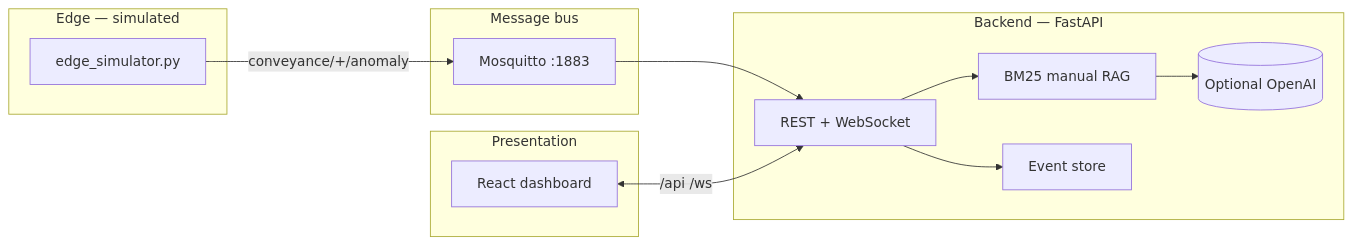
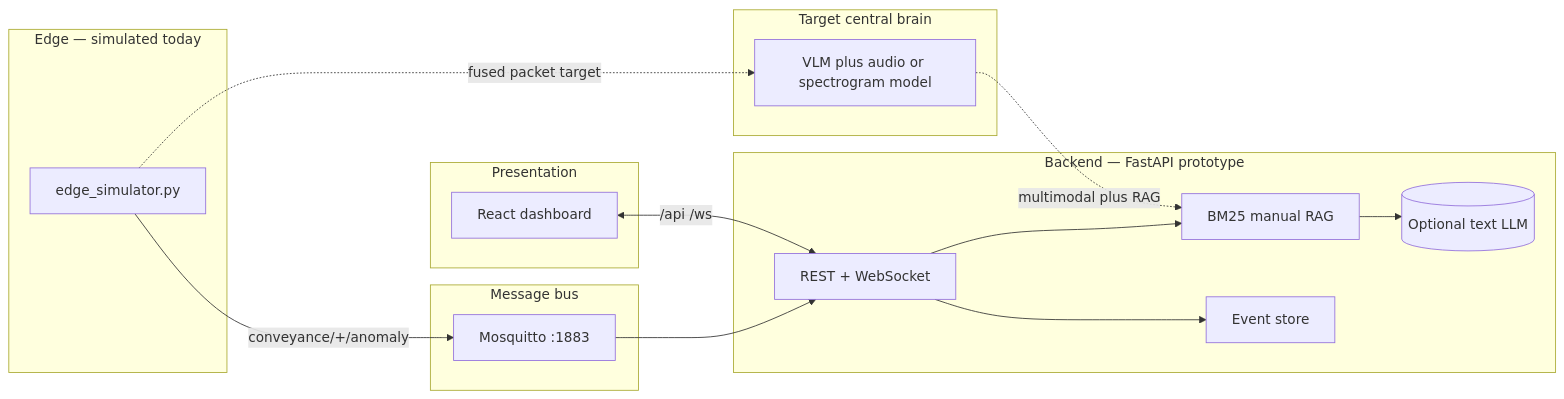
Before and after one commit to vgandhi1/factory-genius: the diagram in README.md, drawn with Mermaid. The commit also changed other lines of this file and 12 other files, not shown here.

````diff
--- a/README.md
+++ b/README.md
@@ -64,24 +65,29 @@
 ```mermaid
 flowchart LR
-  subgraph edge [Edge — simulated]
+  subgraph edge [Edge — simulated today]
     SIM[edge_simulator.py]
   end
   subgraph bus [Message bus]
     MQTT[Mosquitto :1883]
   end
-  subgraph brain [Backend — FastAPI]
+  subgraph brain [Backend — FastAPI prototype]
     API[REST + WebSocket]
     RAG[BM25 manual RAG]
-    LLM[(Optional OpenAI)]
+    LLM[(Optional text LLM)]
     STORE[Event store]
+  end
+  subgraph target [Target central brain]
+    VLM[VLM plus audio or spectrogram model]
   end
   subgraph ui [Presentation]
     WEB[React dashboard]
   end
   SIM -->|conveyance/+/anomaly| MQTT
   MQTT --> API
   API --> RAG
   RAG --> LLM
   API --> STORE
   WEB <-->|/api /ws| API
+  SIM -.->|fused packet target| VLM
+  VLM -.->|multimodal plus RAG| RAG
 ```
````
